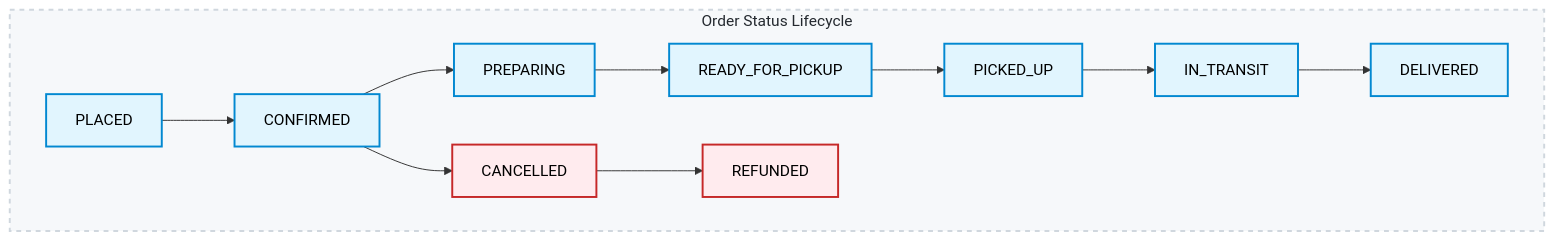
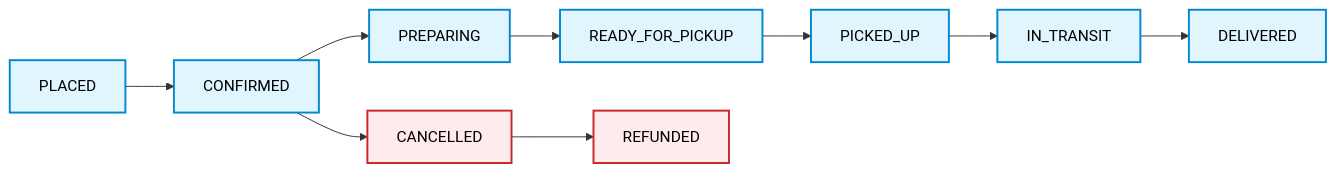
The second of 3 diagrams in README.md (beauuks/food-delivery-streaming), drawn with Mermaid before and after one commit. The commit also changed other lines of this file, not shown here.

````diff
--- a/README.md
+++ b/README.md
@@ -85,23 +85,16 @@
 ```mermaid
 flowchart LR
-    %% Style definitions for the nodes
+    %% Style definitions
     classDef default fill:#e1f5fe,stroke:#0288d1,stroke-width:2px,color:#000
     classDef exception fill:#ffebee,stroke:#c62828,stroke-width:2px,color:#000
 
-    subgraph Order_Lifecycle ["Order Status Lifecycle"]
-        direction LR
-        
-        PLACED --> CONFIRMED
-        CONFIRMED --> PREPARING
-        PREPARING --> READY_FOR_PICKUP
-        READY_FOR_PICKUP --> PICKED_UP
-        PICKED_UP --> IN_TRANSIT
-        IN_TRANSIT --> DELIVERED
+    PLACED --> CONFIRMED
+    CONFIRMED --> PREPARING
+    PREPARING --> READY_FOR_PICKUP
+    READY_FOR_PICKUP --> PICKED_UP
+    PICKED_UP --> IN_TRANSIT
+    IN_TRANSIT --> DELIVERED
 
-        CONFIRMED --> CANCELLED:::exception
-        CANCELLED --> REFUNDED:::exception
-    end
-
-    %% Style definition for the background box itself
-    style Order_Lifecycle fill:#f6f8fa,stroke:#d0d7de,stroke-width:2px,color:#24292f,stroke-dasharray: 5 5
+    CONFIRMED --> CANCELLED:::exception
+    CANCELLED --> REFUNDED:::exception
 ```
````
